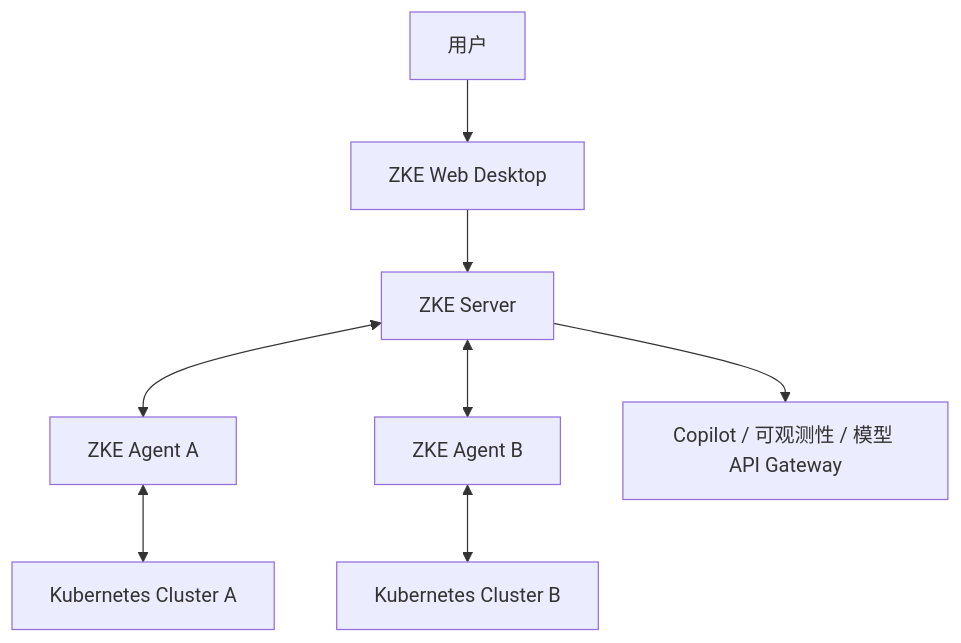
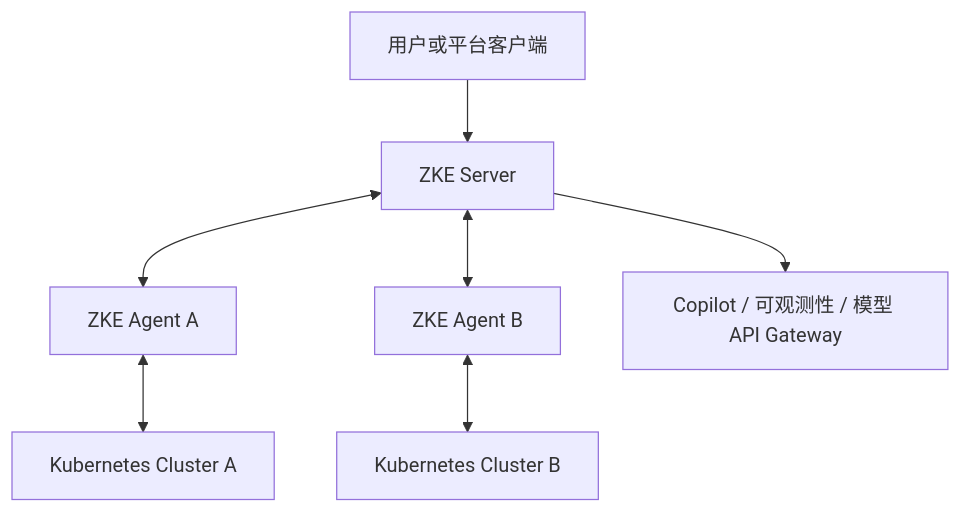
Before and after one commit to togettoyou/zke: the diagram in README.md, drawn with Mermaid. The commit also changed other lines of this file and 22 other files, not shown here.

Commit message:
refactor: remove web desktop implementation

````diff
--- a/README.md
+++ b/README.md
@@ -59,10 +45,9 @@
 ```mermaid
 flowchart TB
-    User["用户"] --> Desktop["ZKE Web Desktop"]
-    Desktop --> Server["ZKE Server"]
+    User["用户或平台客户端"] --> Server["ZKE Server"]
     Server <--> AgentA["ZKE Agent A"]
     Server <--> AgentB["ZKE Agent B"]
     AgentA <--> ClusterA["Kubernetes Cluster A"]
     AgentB <--> ClusterB["Kubernetes Cluster B"]
     Server --> Services["Copilot / 可观测性 / 模型 API Gateway"]
 ```
````
